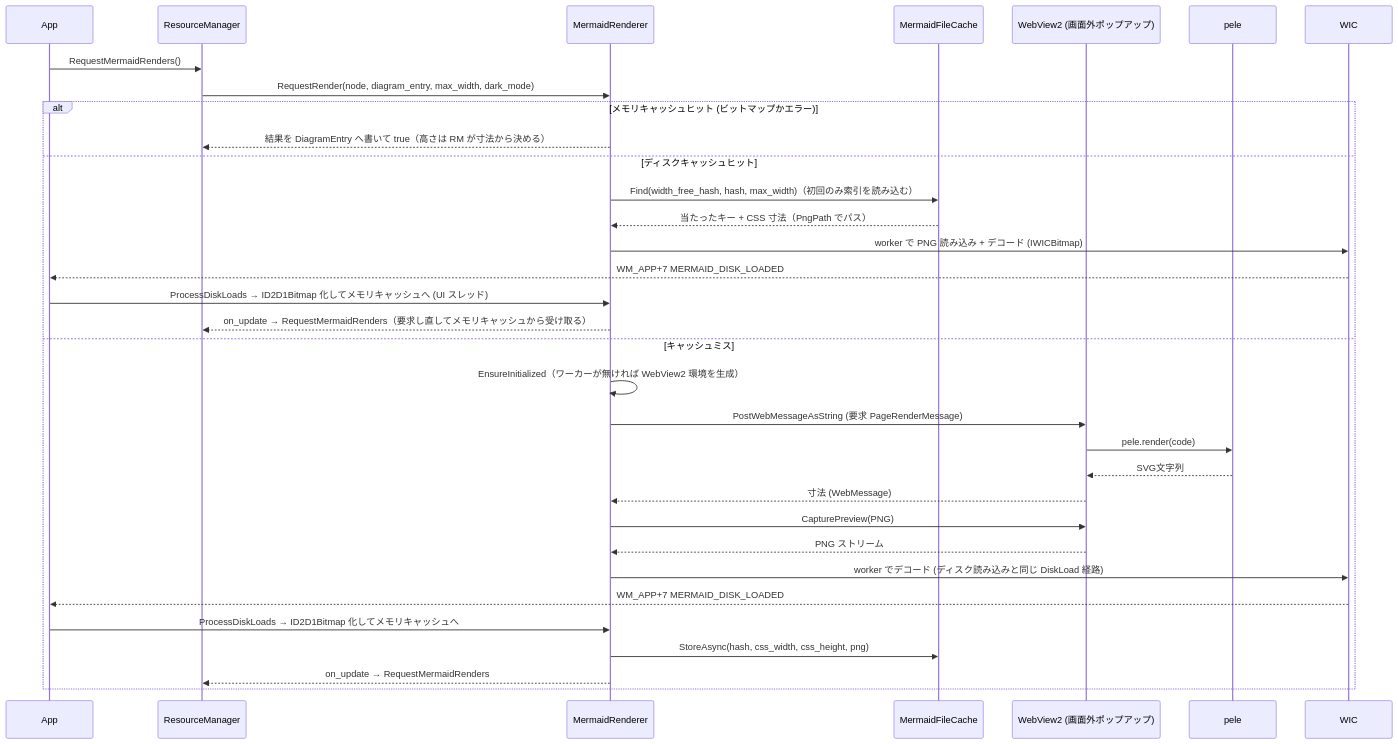
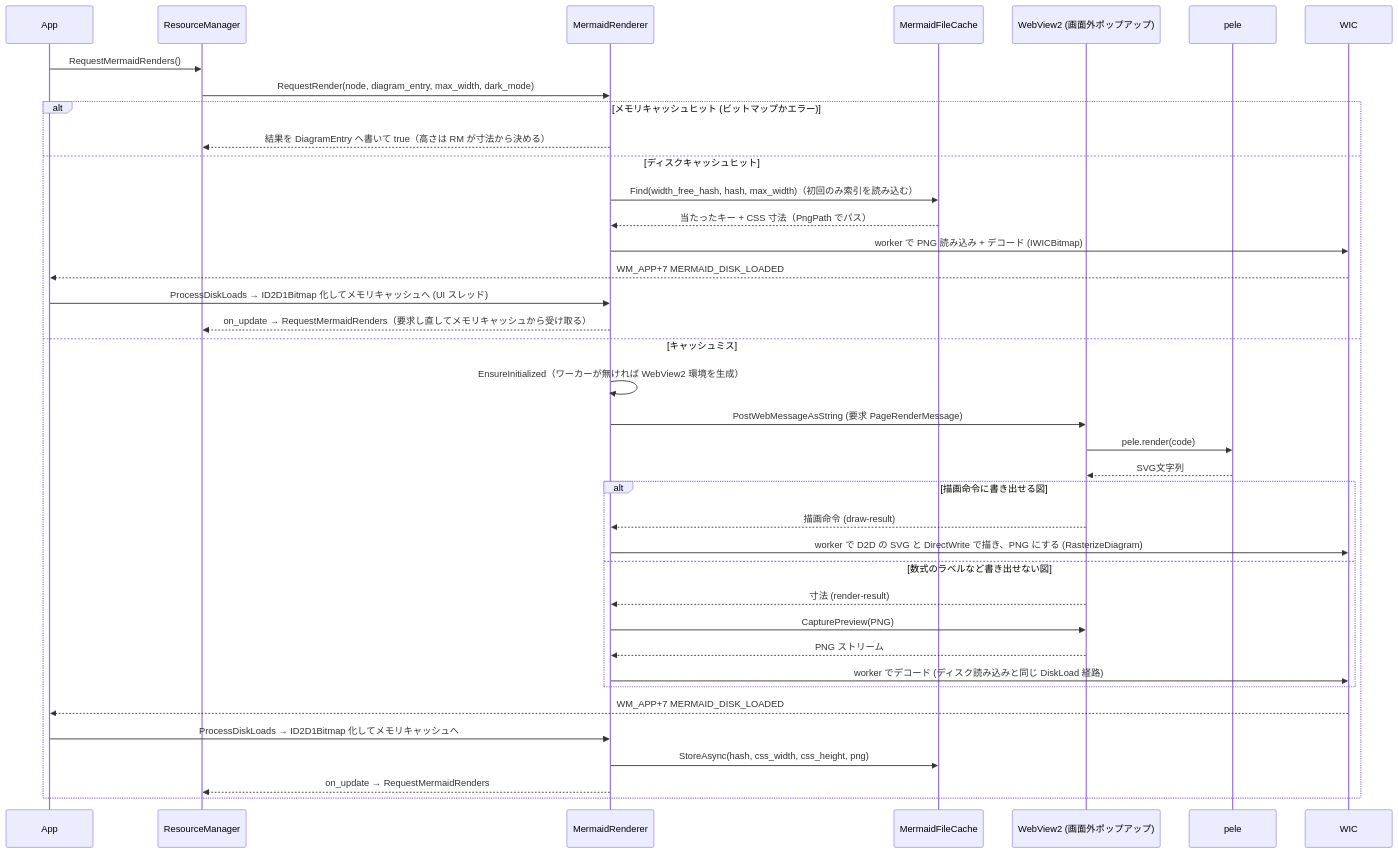
Before and after one commit to tanaton/mendo: diagram 11 of 27 in example/test.md, drawn with Mermaid. The commit also changed other lines of this file and 10 other files, not shown here.

First line of the commit message:
図をキャプチャせず、描画命令から Direct2D と DirectWrite で描く

````diff
--- a/example/test.md
+++ b/example/test.md
@@ -1557,36 +1557,41 @@
 ```mermaid
 sequenceDiagram
     participant APP as App
     participant RM as ResourceManager
     participant MR as MermaidRenderer
     participant FC as MermaidFileCache
     participant WV as WebView2 (画面外ポップアップ)
     participant JS as pele
     participant WIC as WIC
 
     APP->>RM: RequestMermaidRenders()
     RM->>MR: RequestRender(node, diagram_entry, max_width, dark_mode)
     alt メモリキャッシュヒット (ビットマップかエラー)
         MR-->>RM: 結果を DiagramEntry へ書いて true（高さは RM が寸法から決める）
     else ディスクキャッシュヒット
         MR->>FC: Find(width_free_hash, hash, max_width)（初回のみ索引を読み込む）
         FC-->>MR: 当たったキー + CSS 寸法（PngPath でパス）
         MR->>WIC: worker で PNG 読み込み + デコード (IWICBitmap)
         WIC-->>APP: WM_APP+7 MERMAID_DISK_LOADED
         APP->>MR: ProcessDiskLoads → ID2D1Bitmap 化してメモリキャッシュへ (UI スレッド)
         MR-->>RM: on_update → RequestMermaidRenders（要求し直してメモリキャッシュから受け取る）
     else キャッシュミス
         MR->>MR: EnsureInitialized（ワーカーが無ければ WebView2 環境を生成）
         MR->>WV: PostWebMessageAsString (要求 PageRenderMessage)
         WV->>JS: pele.render(code)
         JS-->>WV: SVG文字列
-        WV-->>MR: 寸法 (WebMessage)
-        MR->>WV: CapturePreview(PNG)
-        WV-->>MR: PNG ストリーム
-        MR->>WIC: worker でデコード (ディスク読み込みと同じ DiskLoad 経路)
+        alt 描画命令に書き出せる図
+            WV-->>MR: 描画命令 (draw-result)
+            MR->>WIC: worker で D2D の SVG と DirectWrite で描き、PNG にする (RasterizeDiagram)
+        else 数式のラベルなど書き出せない図
+            WV-->>MR: 寸法 (render-result)
+            MR->>WV: CapturePreview(PNG)
+            WV-->>MR: PNG ストリーム
+            MR->>WIC: worker でデコード (ディスク読み込みと同じ DiskLoad 経路)
+        end
         WIC-->>APP: WM_APP+7 MERMAID_DISK_LOADED
         APP->>MR: ProcessDiskLoads → ID2D1Bitmap 化してメモリキャッシュへ
         MR->>FC: StoreAsync(hash, css_width, css_height, png)
         MR-->>RM: on_update → RequestMermaidRenders
     end
 ```
````
